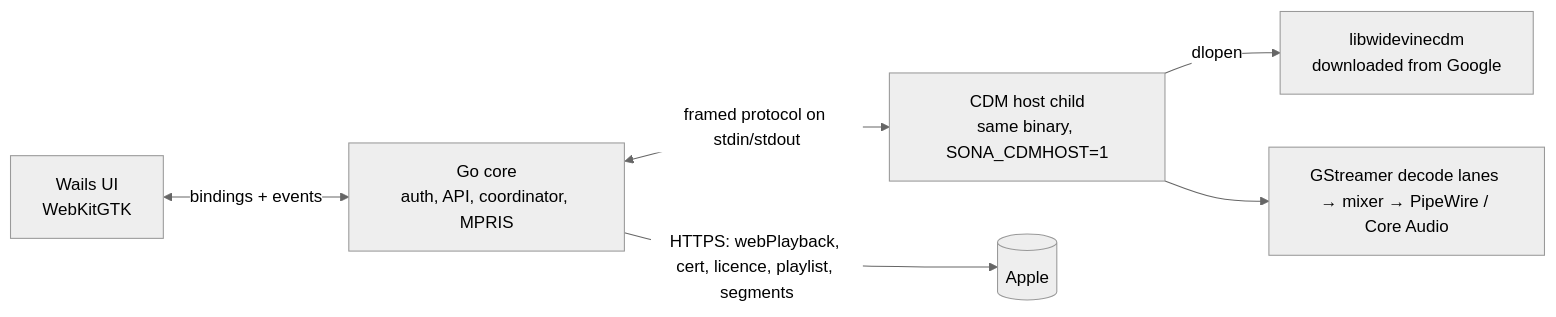
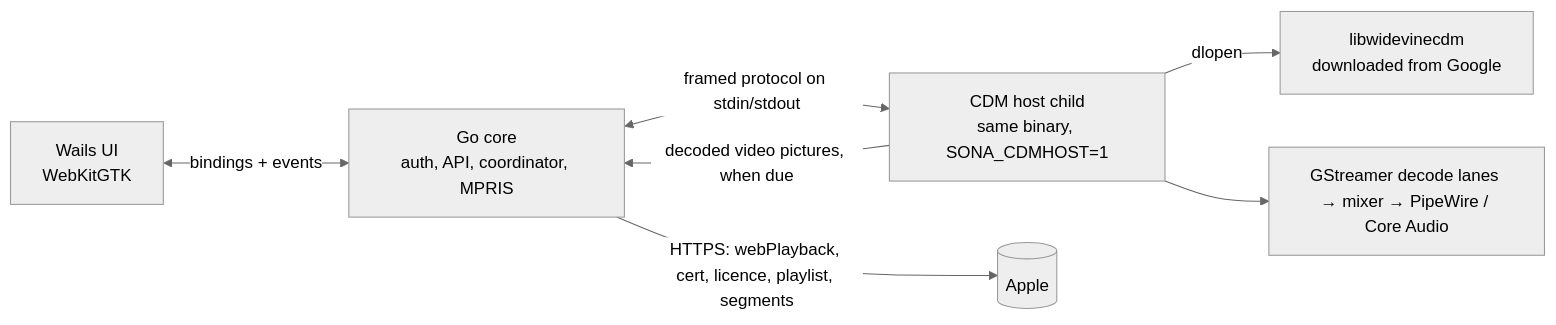
One commit to coredev-uk/sona-go changed the second of 2 diagrams in docs/architecture.md. Above: the diagram before and after it, drawn with Mermaid (neutral theme). The commit also changed other lines of this file and 20 other files, not shown here.

````diff
--- a/docs/architecture.md
+++ b/docs/architecture.md
@@ -95,8 +97,9 @@
 ```mermaid
 flowchart LR
   UI[Wails UI<br/>WebKitGTK] <-- bindings + events --> Go[Go core<br/>auth, API, coordinator, MPRIS]
   Go <-- framed protocol on stdin/stdout --> H[CDM host child<br/>same binary, SONA_CDMHOST=1]
   H -- dlopen --> W[libwidevinecdm<br/>downloaded from Google]
   H --> G[GStreamer decode lanes → mixer → PipeWire / Core Audio]
+  H -- decoded video pictures, when due --> Go
   Go -- HTTPS: webPlayback, cert, licence, playlist, segments --> Apple[(Apple)]
 ```
````
